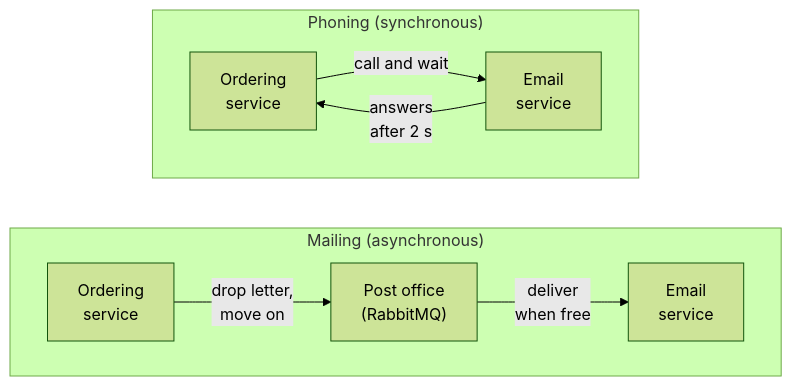
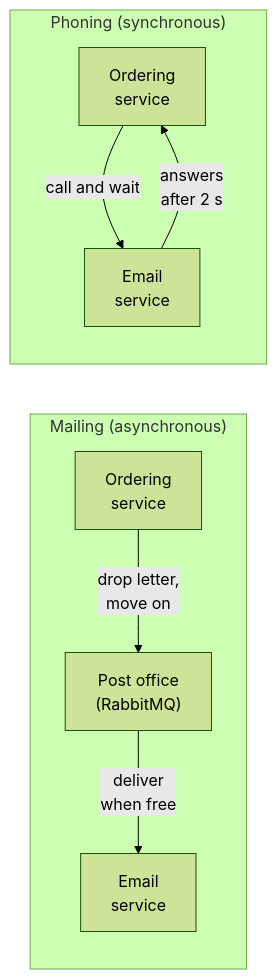
Before and after one commit to duongbui234/software-engineering-atlas: the first of 2 diagrams in content/en/posts/2026-11-21-rabbitmq-why-queues.md, drawn with Mermaid (forest theme). The commit also changed 134 other files, not shown here.

First line of the commit message:
Fit every Mermaid diagram at 390px without sideways scroll (#56)

````diff
--- a/content/en/posts/2026-11-21-rabbitmq-why-queues.md
+++ b/content/en/posts/2026-11-21-rabbitmq-why-queues.md
@@ -53,14 +53,14 @@
 ```mermaid
 flowchart TB
     subgraph Call["Phoning (synchronous)"]
-        direction LR
+        direction TB
         A1["Ordering<br/>service"] -->|"call and wait"| B1["Email<br/>service"]
         B1 -->|"answers<br/>after 2 s"| A1
     end
     subgraph Mail["Mailing (asynchronous)"]
-        direction LR
+        direction TB
         A2["Ordering<br/>service"] -->|"drop letter,<br/>move on"| P["Post office<br/>(RabbitMQ)"]
         P -->|"deliver<br/>when free"| B2["Email<br/>service"]
     end
     Call ~~~ Mail
 ```
````
